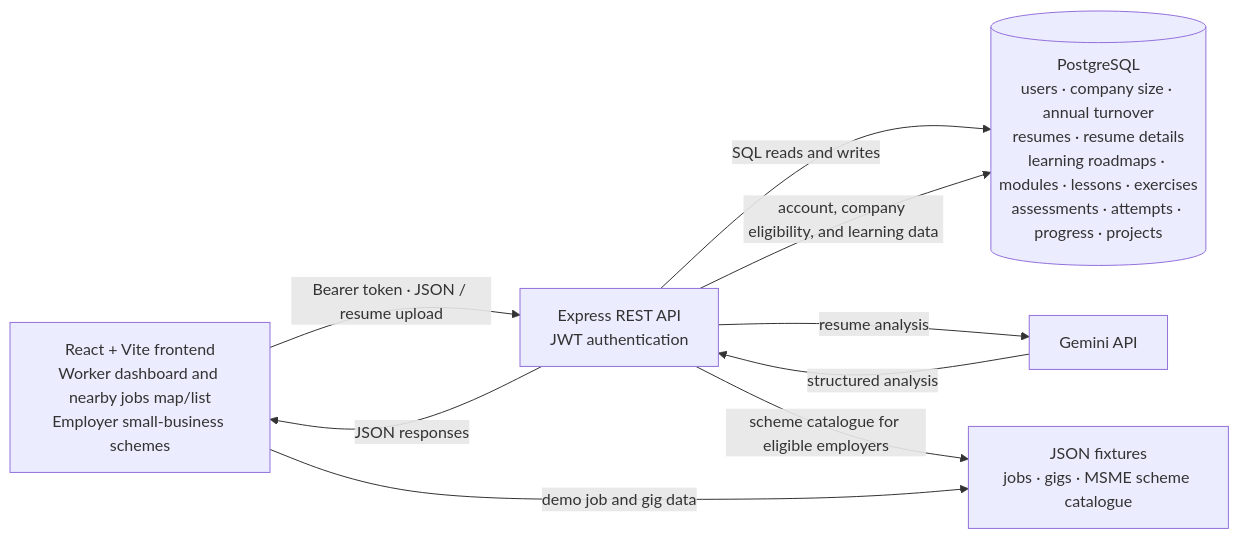
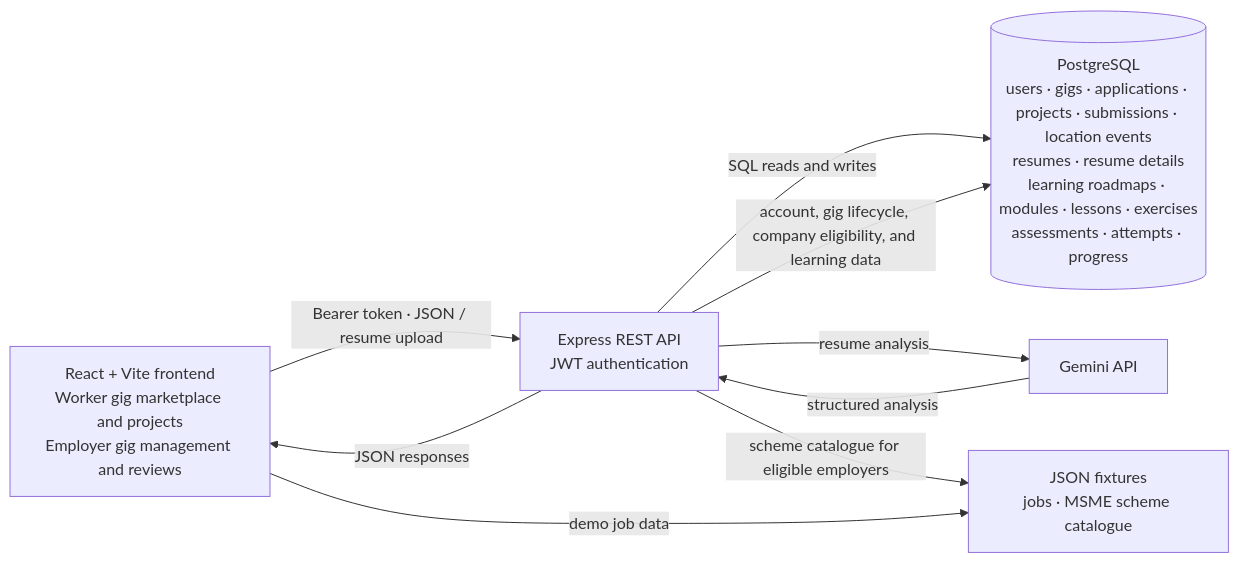
Before and after one commit to NishiNincia/CareerCrafts: the first of 3 diagrams in README.md, drawn with Mermaid. The commit also changed other lines of this file and 46 other files, not shown here.

````diff
--- a/README.md
+++ b/README.md
@@ -10,16 +10,16 @@
 ```mermaid
 flowchart LR
-    Browser["React + Vite frontend<br/>Worker dashboard and nearby jobs map/list<br/>Employer small-business schemes"]
+    Browser["React + Vite frontend<br/>Worker gig marketplace and projects<br/>Employer gig management and reviews"]
     API["Express REST API<br/>JWT authentication"]
-    DB[("PostgreSQL<br/>users · company size · annual turnover<br/>resumes · resume details<br/>learning roadmaps · modules · lessons · exercises<br/>assessments · attempts · progress · projects")]
+    DB[("PostgreSQL<br/>users · gigs · applications · projects · submissions · location events<br/>resumes · resume details<br/>learning roadmaps · modules · lessons · exercises<br/>assessments · attempts · progress")]
     AI["Gemini API"]
-    Fixtures["JSON fixtures<br/>jobs · gigs · MSME scheme catalogue"]
+    Fixtures["JSON fixtures<br/>jobs · MSME scheme catalogue"]
     Browser -->|"Bearer token · JSON / resume upload"| API
     API -->|"SQL reads and writes"| DB
     API -->|"resume analysis"| AI
     AI -->|"structured analysis"| API
-    API -->|"account, company eligibility, and learning data"| DB
+    API -->|"account, gig lifecycle, company eligibility, and learning data"| DB
     API -->|"scheme catalogue for eligible employers"| Fixtures
-    Browser -->|"demo job and gig data"| Fixtures
+    Browser -->|"demo job data"| Fixtures
     API -->|"JSON responses"| Browser
 ```
````
